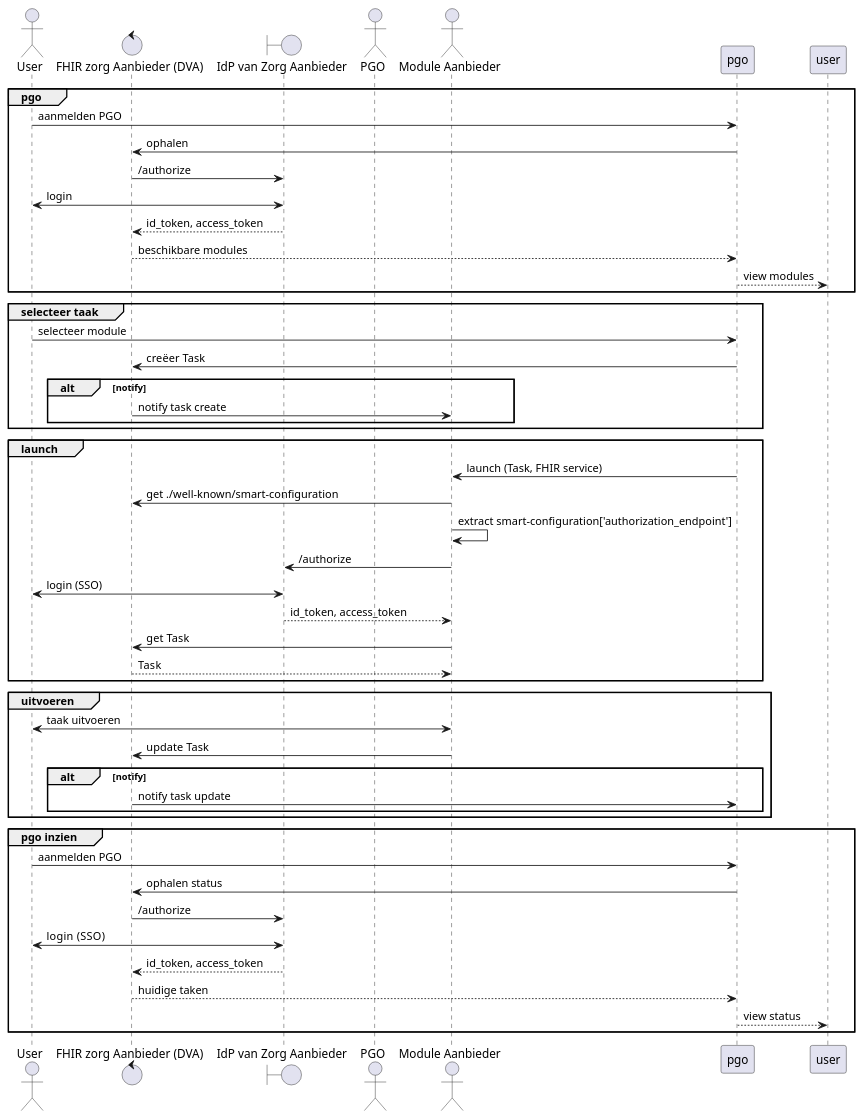
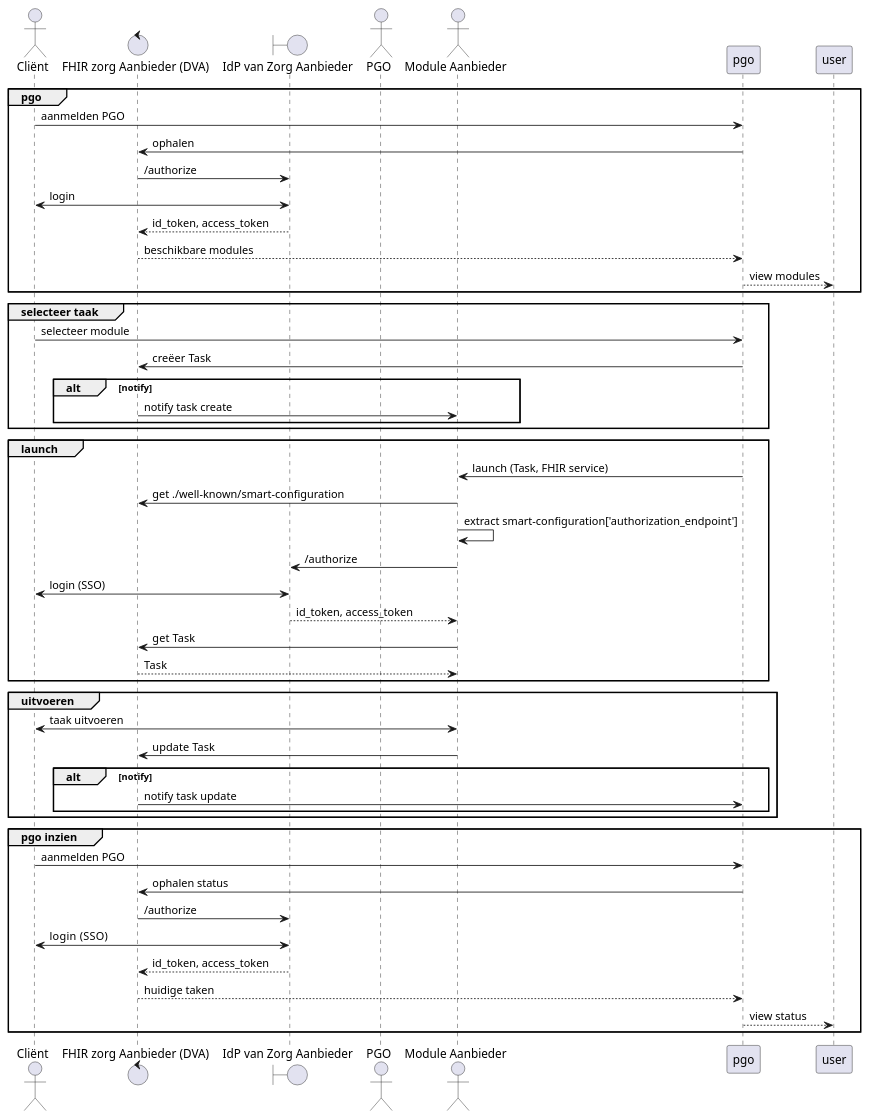
The diagram in designs/use_case_a.puml (KoppelMij/koppelmij-designs), drawn with PlantUML before and after one commit. The commit also changed 1 other file, not shown here.

Commit message:
Update actor naming and add new use_case_b diagram
Renamed "User" to "Cliënt" across use_case_a.puml for consistency and clarity. Added a new use_case_b.puml diagram detailing the interaction flow for healthcare providers and clients, including task assignments, interventions, and result tracking.

```diff
--- a/designs/use_case_a.puml
+++ b/designs/use_case_a.puml
@@ -1,57 +1,57 @@
 @startuml
-actor User as usr
+actor Cliënt as client
 control "FHIR zorg Aanbieder (DVA)" as za
 boundary "IdP van Zorg Aanbieder" as idp
 actor PGO as "PGO"
 actor "Module Aanbieder" as module
 
 
 group pgo
-  usr -> pgo: aanmelden PGO
+  client -> pgo: aanmelden PGO
   pgo -> za: ophalen
   za -> idp: /authorize
-  idp <-> usr: login
+  idp <-> client: login
   idp --> za: id_token, access_token
   za --> pgo: beschikbare modules
   pgo --> user: view modules
 end
 
 group selecteer taak
-  usr -> pgo: selecteer module
+  client -> pgo: selecteer module
   pgo -> za: creëer Task
 
   alt notify
   za -> module: notify task create
   end
 end
 
 group launch
   pgo -> module: launch (Task, FHIR service)
   module -> za: get ./well-known/smart-configuration
   module -> module: extract smart-configuration['authorization_endpoint']
   module -> idp: /authorize
-  idp <-> usr: login (SSO)
+  idp <-> client: login (SSO)
   idp --> module: id_token, access_token
   module -> za: get Task
   za --> module: Task
 end
 
 group uitvoeren
-  module <-> usr: taak uitvoeren
+  module <-> client: taak uitvoeren
   module -> za: update Task
 
   alt notify
   za -> pgo: notify task update
   end
 end
 
 group pgo inzien
-  usr -> pgo: aanmelden PGO
+  client -> pgo: aanmelden PGO
   pgo -> za: ophalen status
   za -> idp: /authorize
-  idp <-> usr: login  (SSO)
+  idp <-> client: login  (SSO)
   idp --> za: id_token, access_token
   za --> pgo: huidige taken
   pgo --> user: view status
 end
 @enduml
```
